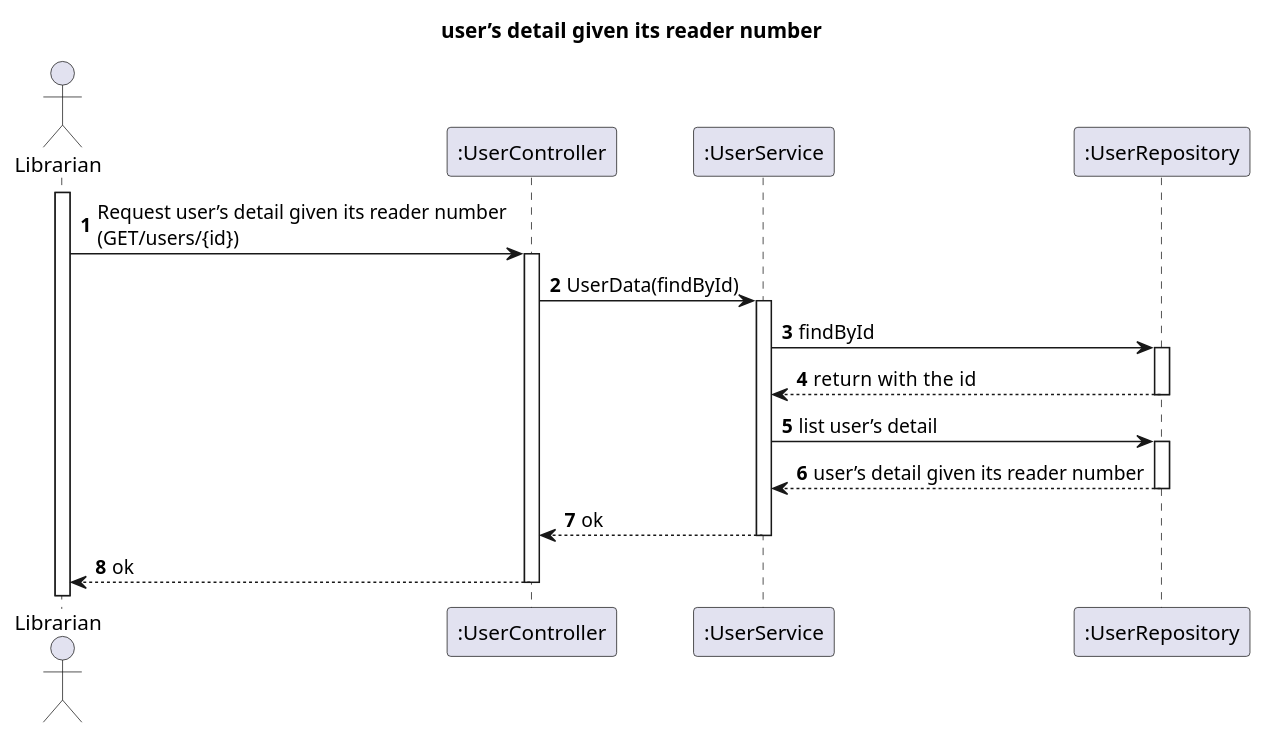
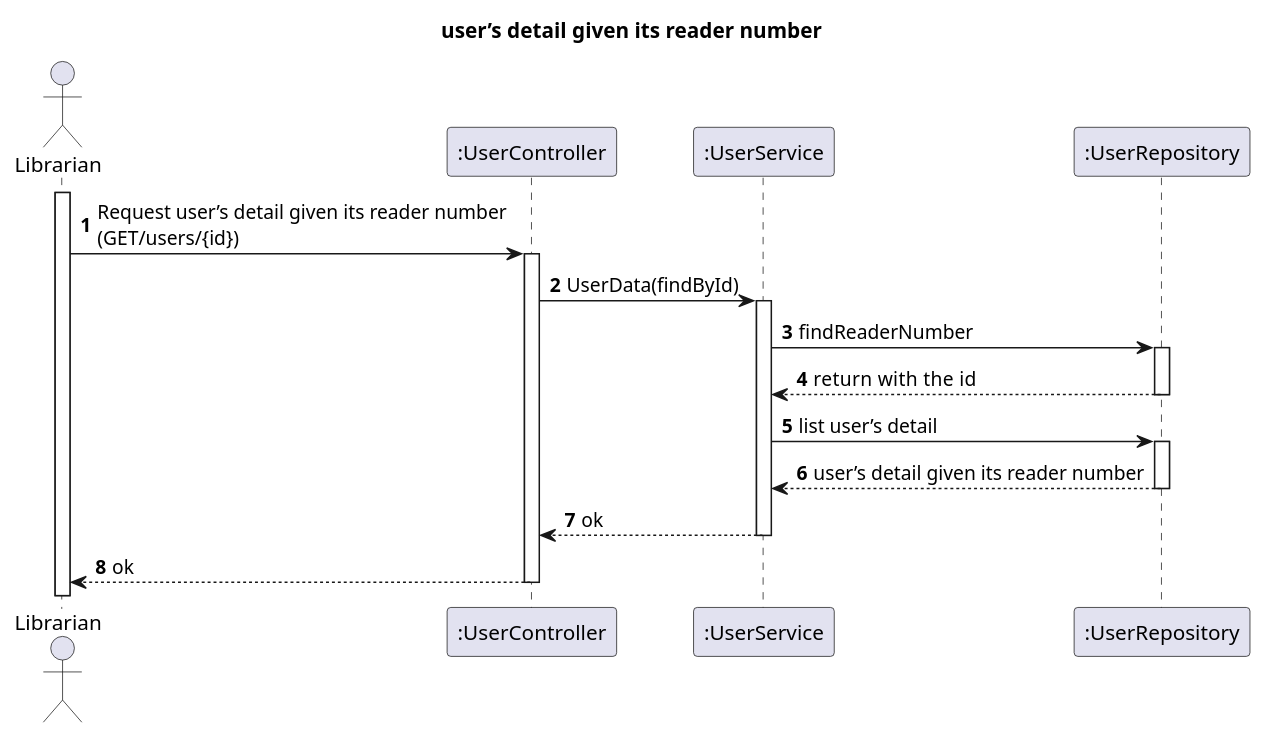
The diagram in docs/Phase_1/WP_3A/US013/US013-SD.puml (GODinho211/psoft-project-G2), drawn with PlantUML before and after one commit. The commit also changed 1 other file, not shown here.

```diff
--- a/docs/Phase_1/WP_3A/US013/US013-SD.puml
+++ b/docs/Phase_1/WP_3A/US013/US013-SD.puml
@@ -1,31 +1,31 @@
 @startuml
 'https://SubscriptionServicetuml.com/sequence-diagram
 
 
 
 autoactivate on
 autonumber
 
 title user’s detail given its reader number
 
 actor "Librarian" as User
 
 participant ":UserController" as Ctrl
 participant ":UserService" as srv
 participant ":UserRepository" as repo
 
 activate User
 
 
 
 User -> Ctrl: Request user’s detail given its reader number\n(GET/users/{id})
 Ctrl -> srv: UserData(findById)
 
-srv -> repo: findById
+srv -> repo: findReaderNumber
 repo --> srv: return  with the id
 srv -> repo:  list user’s detail
 repo --> srv:  user’s detail given its reader number
 srv --> Ctrl: ok
 Ctrl --> User: ok
 
 @enduml
```
